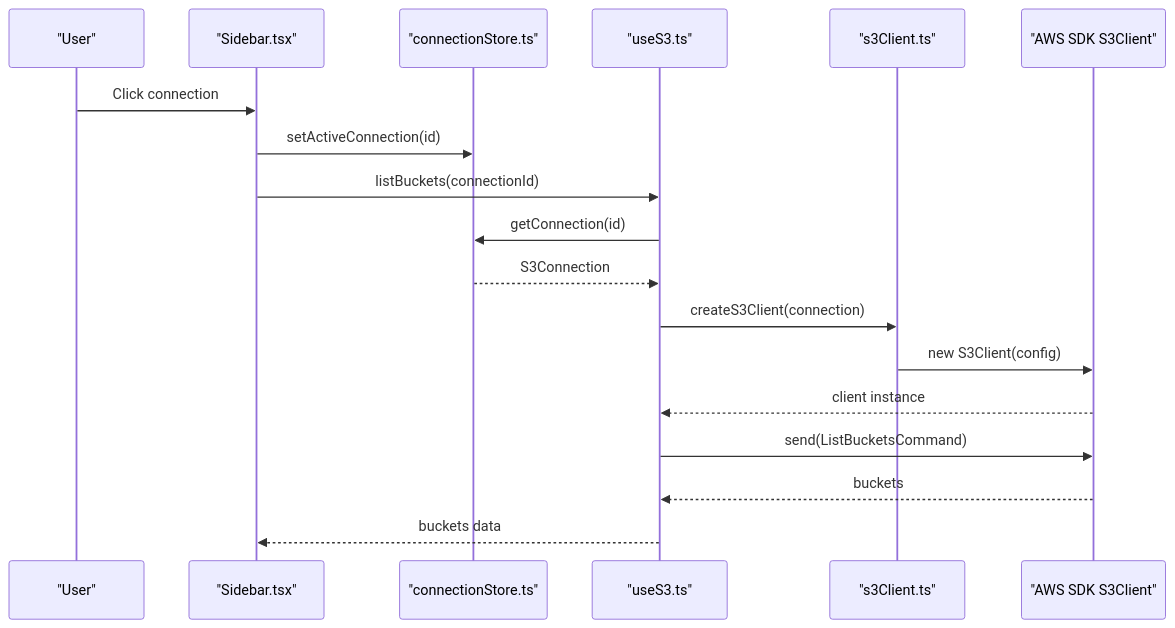
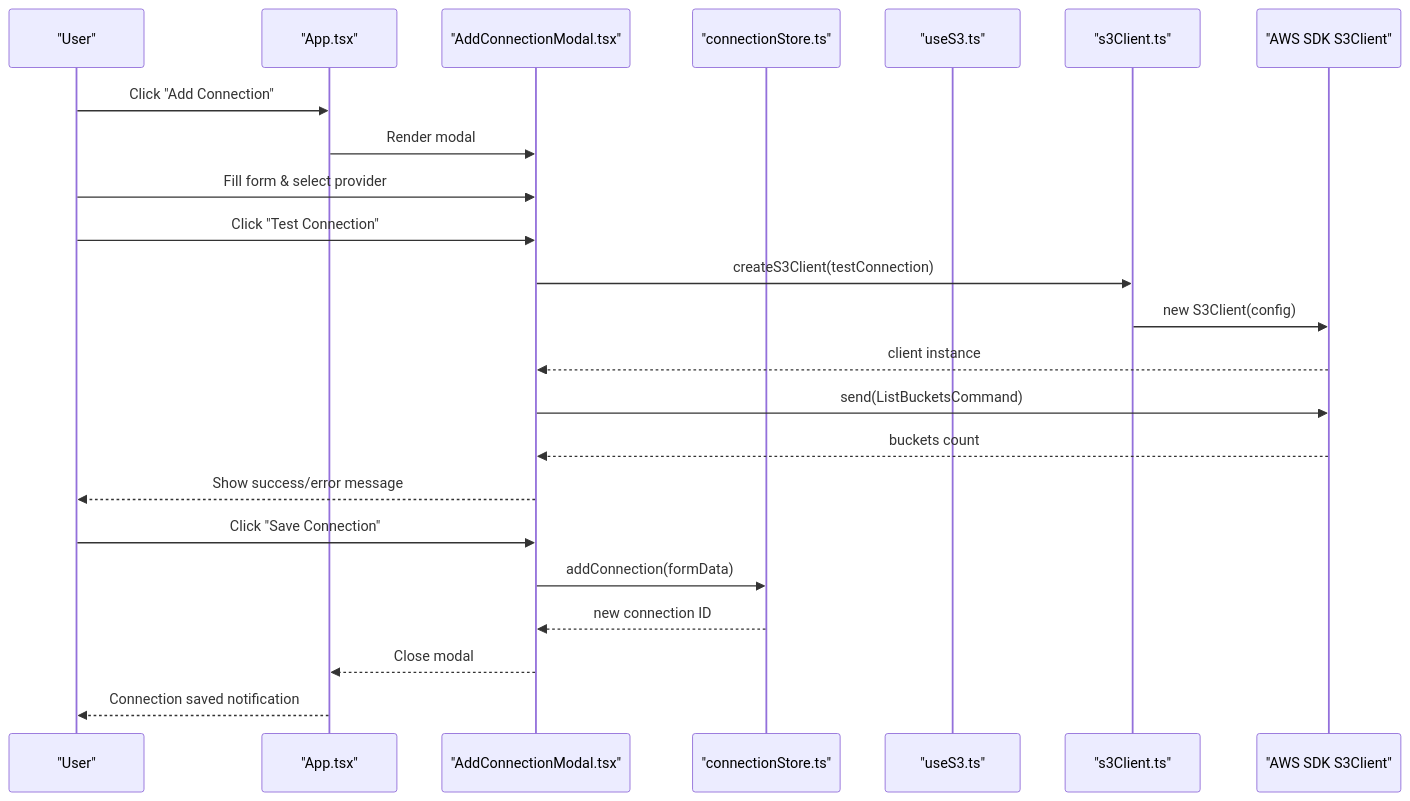
The second of 7 diagrams in .qoder/repowiki/en/content/Core Features/Connection Management.md (nasrulhadi/s3-explorer), drawn with Mermaid before and after one commit. The commit also changed other lines of this file and 44 other files, not shown here.

First line of the commit message:
feat(ui): introduce comprehensive UI component system with TransferPanel and AddConnectionModal

````diff
--- a/.qoder/repowiki/en/content/Core Features/Connection Management.md
+++ b/.qoder/repowiki/en/content/Core Features/Connection Management.md
@@ -116,20 +140,25 @@
 ```mermaid
 sequenceDiagram
 participant User as "User"
-participant Sidebar as "Sidebar.tsx"
+participant App as "App.tsx"
+participant AddModal as "AddConnectionModal.tsx"
 participant ConnStore as "connectionStore.ts"
 participant UseS3 as "useS3.ts"
 participant S3Client as "s3Client.ts"
 participant S3SDK as "AWS SDK S3Client"
-User->>Sidebar : Click connection
-Sidebar->>ConnStore : setActiveConnection(id)
-Sidebar->>UseS3 : listBuckets(connectionId)
-UseS3->>ConnStore : getConnection(id)
-ConnStore-->>UseS3 : S3Connection
-UseS3->>S3Client : createS3Client(connection)
+User->>App : Click "Add Connection"
+App->>AddModal : Render modal
+User->>AddModal : Fill form & select provider
+User->>AddModal : Click "Test Connection"
+AddModal->>S3Client : createS3Client(testConnection)
 S3Client->>S3SDK : new S3Client(config)
-S3SDK-->>UseS3 : client instance
-UseS3->>S3SDK : send(ListBucketsCommand)
-S3SDK-->>UseS3 : buckets
-UseS3-->>Sidebar : buckets data
+S3SDK-->>AddModal : client instance
+AddModal->>S3SDK : send(ListBucketsCommand)
+S3SDK-->>AddModal : buckets count
+AddModal-->>User : Show success/error message
+User->>AddModal : Click "Save Connection"
+AddModal->>ConnStore : addConnection(formData)
+ConnStore-->>AddModal : new connection ID
+AddModal-->>App : Close modal
+App-->>User : Connection saved notification
 ```
````
